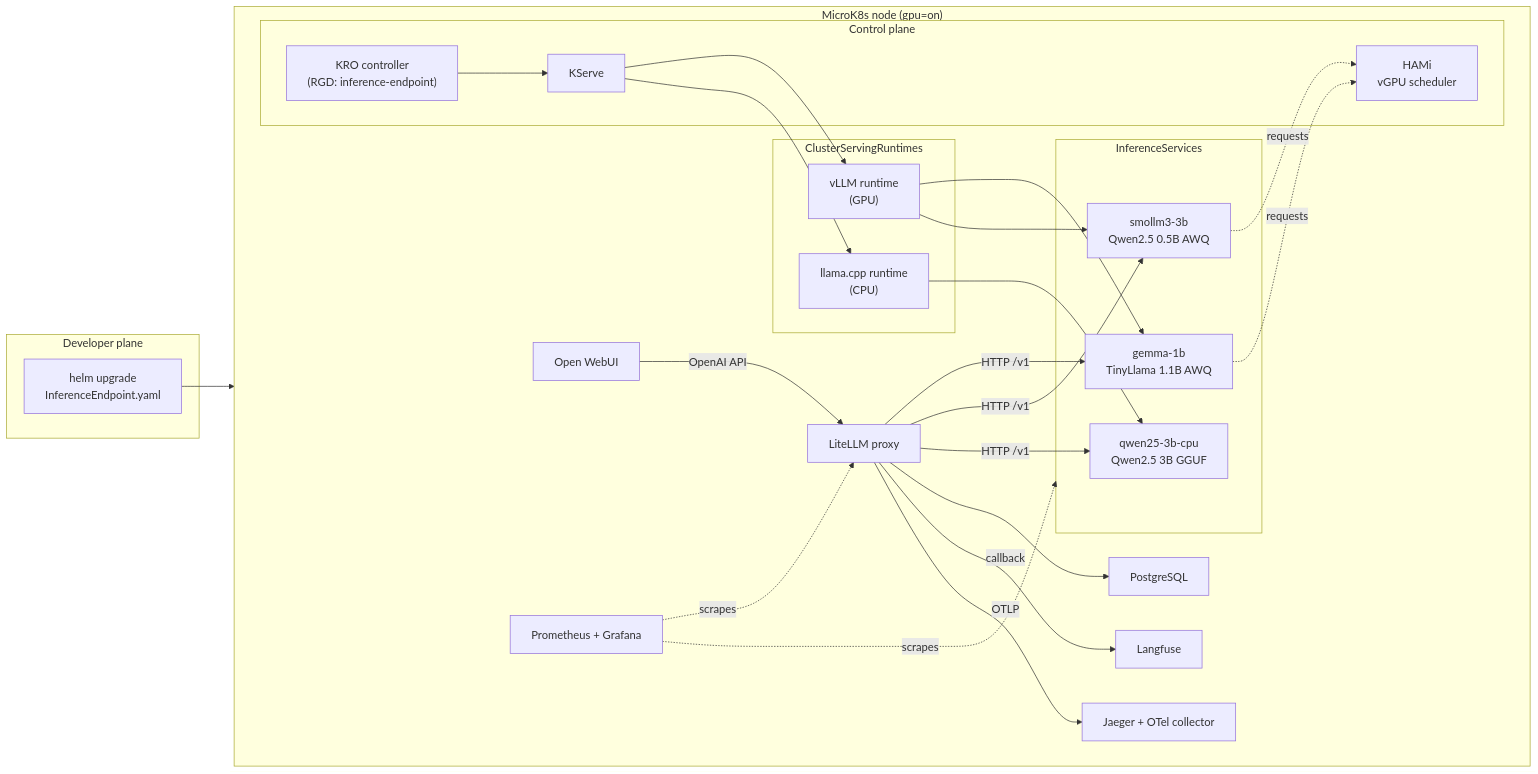
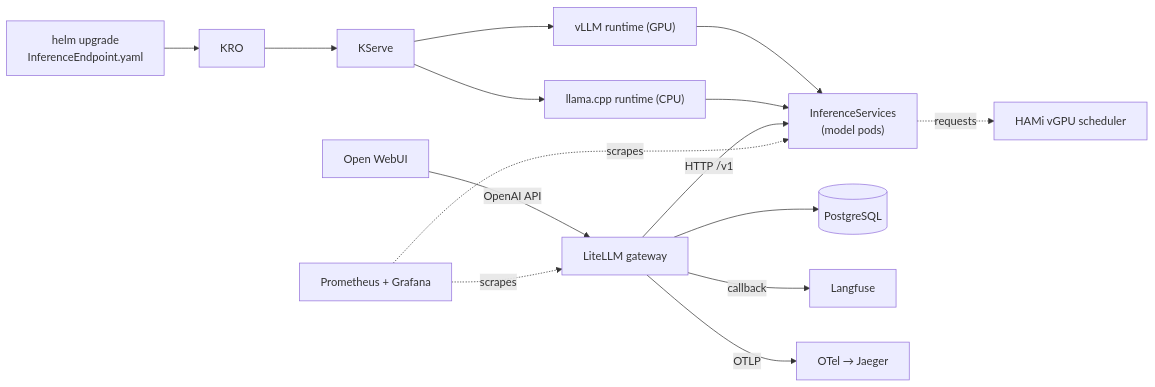
Before and after one commit to bogdancstrike/k8s-llm-slm-hami: the diagram in README.md, drawn with Mermaid. The commit also changed other lines of this file and 44 other files, not shown here.

Commit message:
Remove GitLab and Argo CD documentation and associated Helm charts, dependencies, templates, `.gitlab-ci.yml` patterns, and references across scripts and workflows. Update architecture docs with revised platform structure.

````diff
--- a/README.md
+++ b/README.md
@@ -199,52 +61,15 @@
 ```mermaid
 flowchart LR
-  subgraph dev["Developer plane"]
-    HelmApply["helm upgrade<br/>InferenceEndpoint.yaml"]
-  end
-
-  subgraph cluster["MicroK8s node (gpu=on)"]
-    direction LR
-
-    subgraph control["Control plane"]
-      KRO["KRO controller<br/>(RGD: inference-endpoint)"]
-      KServe["KServe"]
-      HAMi["HAMi<br/>vGPU scheduler"]
-    end
-
-    subgraph rtimes["ClusterServingRuntimes"]
-      VLLM["vLLM runtime<br/>(GPU)"]
-      LCPP["llama.cpp runtime<br/>(CPU)"]
-    end
-
-    subgraph models["InferenceServices"]
-      M1["gemma-1b<br/>TinyLlama 1.1B AWQ"]
-      M2["smollm3-3b<br/>Qwen2.5 0.5B AWQ"]
-      M3["qwen25-3b-cpu<br/>Qwen2.5 3B GGUF"]
-    end
-
-    LiteLLM["LiteLLM proxy"]
-    WebUI["Open WebUI"]
-    PG["PostgreSQL"]
-    LF["Langfuse"]
-    JG["Jaeger + OTel collector"]
-    Prom["Prometheus + Grafana"]
-  end
-
-  HelmApply --> KRO
-  KRO --> KServe
-  KServe --> VLLM --> M1
-  VLLM --> M2
-  KServe --> LCPP --> M3
-  M1 -. requests .-> HAMi
-  M2 -. requests .-> HAMi
-
-  WebUI -->|OpenAI API| LiteLLM
-  LiteLLM -->|HTTP /v1| M1
-  LiteLLM -->|HTTP /v1| M2
-  LiteLLM -->|HTTP /v1| M3
-  LiteLLM --> PG
-  LiteLLM -->|callback| LF
-  LiteLLM -->|OTLP| JG
-  Prom -. scrapes .-> models
+  Dev["helm upgrade<br/>InferenceEndpoint.yaml"] --> KRO["KRO"]
+  KRO --> KServe["KServe"]
+  KServe --> VLLM["vLLM runtime (GPU)"] --> Models["InferenceServices<br/>(model pods)"]
+  KServe --> LCPP["llama.cpp runtime (CPU)"] --> Models
+  Models -. requests .-> HAMi["HAMi vGPU scheduler"]
+  WebUI["Open WebUI"] -->|OpenAI API| LiteLLM["LiteLLM gateway"]
+  LiteLLM -->|HTTP /v1| Models
+  LiteLLM --> PG[(PostgreSQL)]
+  LiteLLM -->|callback| LF["Langfuse"]
+  LiteLLM -->|OTLP| JG["OTel → Jaeger"]
+  Prom["Prometheus + Grafana"] -. scrapes .-> Models
   Prom -. scrapes .-> LiteLLM
 ```
````
